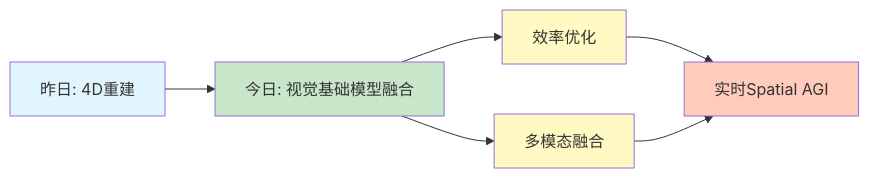
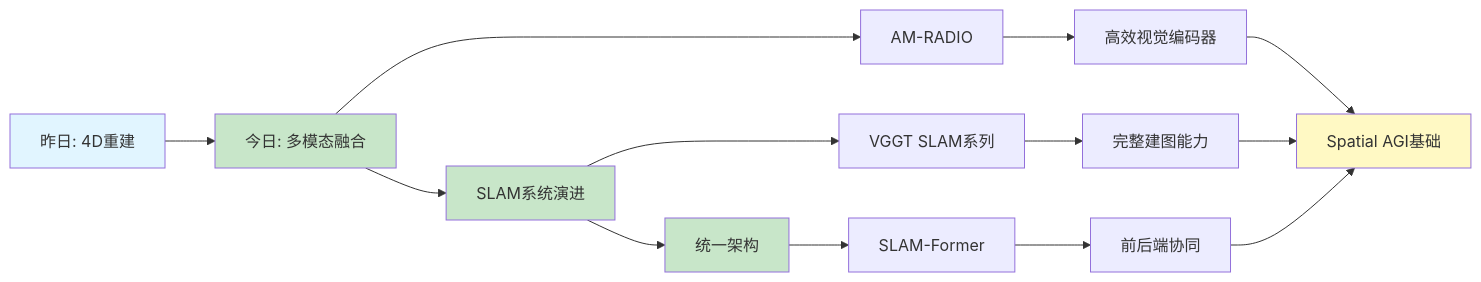
The diagram in daily_thinking/2026-03-04.md (ahangchen/spatial_agi), drawn with Mermaid before and after one commit. The commit also changed other lines of this file, not shown here.

````diff
--- a/daily_thinking/2026-03-04.md
+++ b/daily_thinking/2026-03-04.md
@@ -144,14 +220,24 @@
 ```mermaid
 graph LR
-    A[昨日: 4D重建] --> B[今日: 视觉基础模型融合]
-    B --> C[效率优化]
-    B --> D[多模态融合]
-    C --> E[实时Spatial AGI]
-    D --> E
+    A[昨日: 4D重建] --> B[今日: 多模态融合]
+    B --> C[SLAM系统演进]
+    C --> D[统一架构]
+    
+    B --> E[AM-RADIO]
+    C --> F[VGGT SLAM系列]
+    D --> G[SLAM-Former]
+    
+    E --> H[高效视觉编码器]
+    F --> I[完整建图能力]
+    G --> J[前后端协同]
+    
+    H --> K[Spatial AGI基础]
+    I --> K
+    J --> K
     
     style A fill:#e1f5ff
     style B fill:#c8e6c9
-    style C fill:#fff9c4
-    style D fill:#fff9c4
-    style E fill:#ffccbc
+    style C fill:#c8e6c9
+    style D fill:#c8e6c9
+    style K fill:#fff9c4
 ```
````
